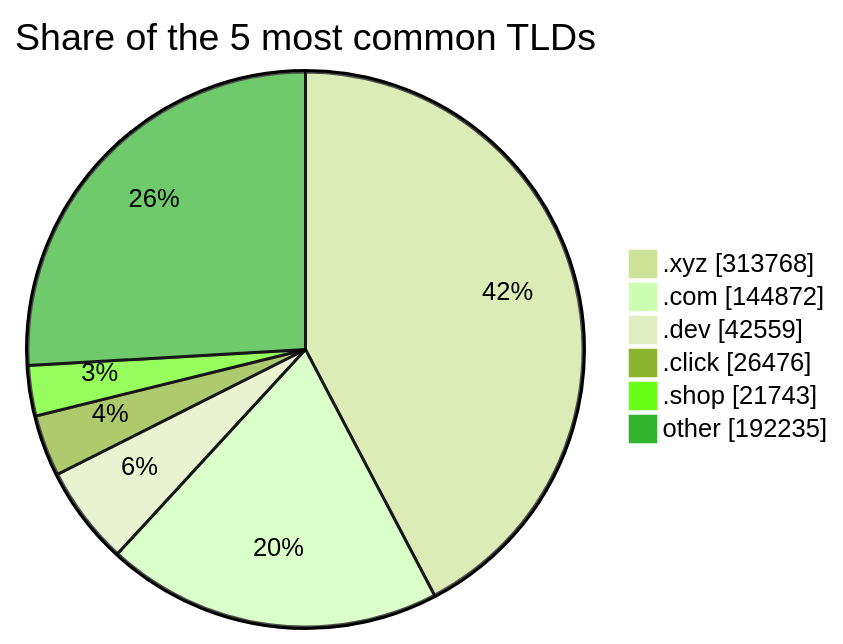
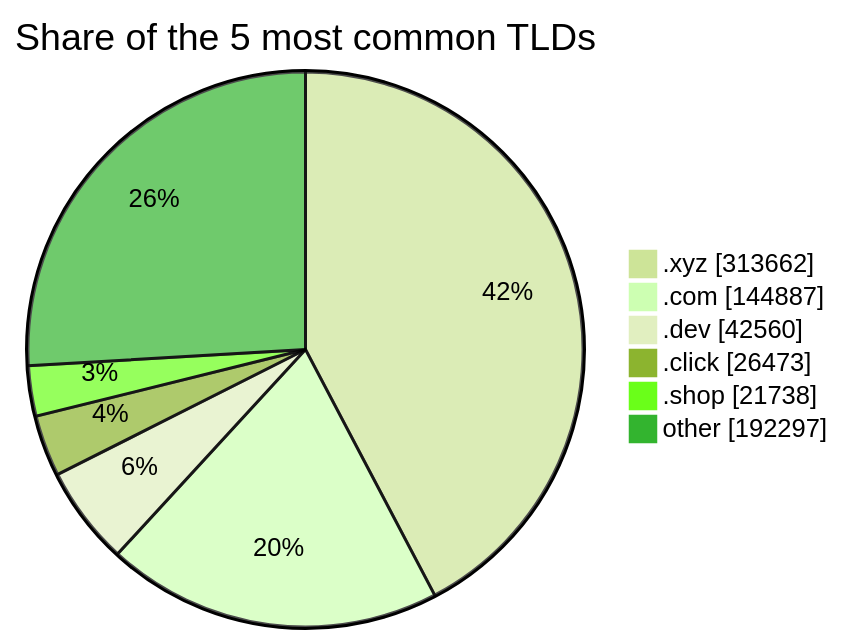
The third of 3 diagrams in README.md (DNSBunker/CTI), drawn with Mermaid (forest theme) before and after one commit. The commit also changed other lines of this file and 3 other files, not shown here.

````diff
--- a/README.md
+++ b/README.md
@@ -81,9 +81,9 @@
 ```mermaid
 pie showData title Share of the 5 most common TLDs
-    ".xyz" : 313768
-    ".com" : 144872
-    ".dev" : 42559
-    ".click" : 26476
-    ".shop" : 21743
-    "other" : 192235
+    ".xyz" : 313662
+    ".com" : 144887
+    ".dev" : 42560
+    ".click" : 26473
+    ".shop" : 21738
+    "other" : 192297
 ```
````
